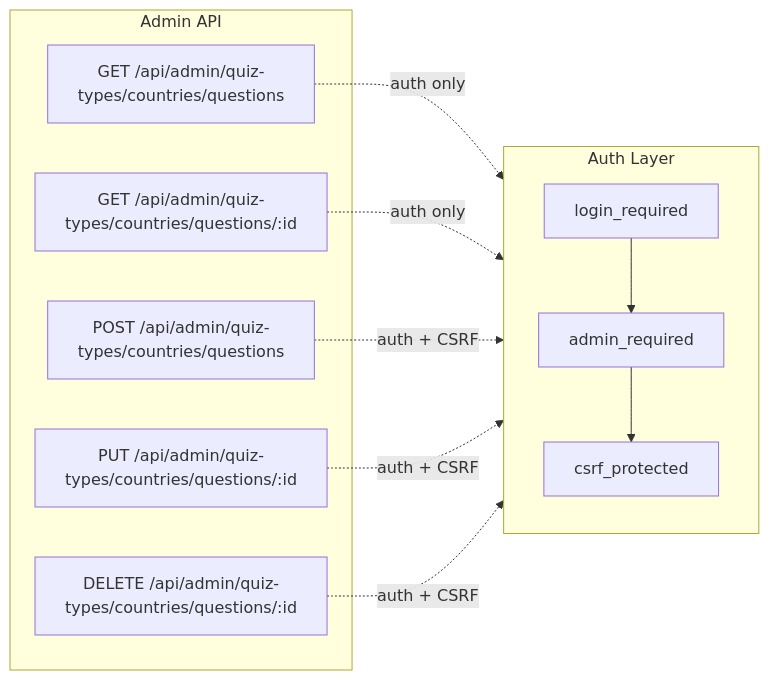
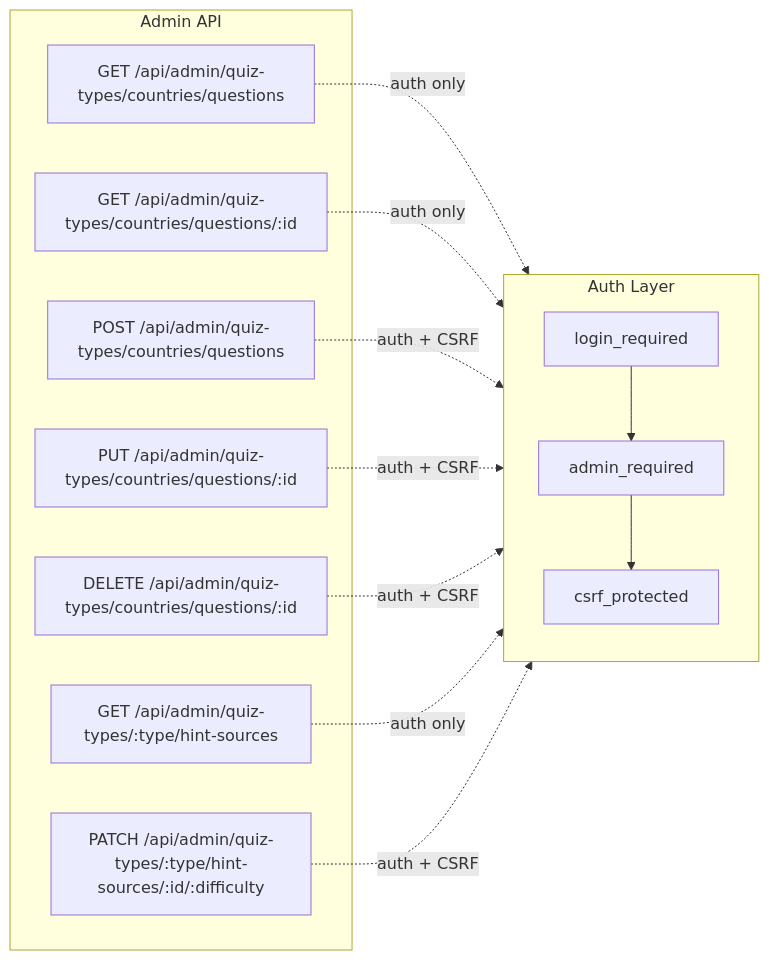
Before and after one commit to fylke/quizzler: the second of 2 diagrams in docs/admin_page.md, drawn with Mermaid. The commit also changed other lines of this file and 11 other files, not shown here.

Commit message:
Add admin hint source review workflow

````diff
--- a/docs/admin_page.md
+++ b/docs/admin_page.md
@@ -32,22 +34,26 @@
 ```mermaid
 flowchart LR
     subgraph Auth["Auth Layer"]
         direction TB
         A1[login_required] --> A2[admin_required]
         A2 --> A3[csrf_protected]
     end
 
     subgraph Endpoints["Admin API"]
         GET_LIST["GET /api/admin/quiz-types/countries/questions"]
         GET_ONE["GET /api/admin/quiz-types/countries/questions/:id"]
         POST["POST /api/admin/quiz-types/countries/questions"]
         PUT["PUT /api/admin/quiz-types/countries/questions/:id"]
         DELETE["DELETE /api/admin/quiz-types/countries/questions/:id"]
+        REVIEW_LIST["GET /api/admin/quiz-types/:type/hint-sources"]
+        REVIEW_WRITE["PATCH /api/admin/quiz-types/:type/hint-sources/:id/:difficulty"]
     end
 
     GET_LIST -.->|"auth only"| A2
     GET_ONE -.->|"auth only"| A2
     POST -.->|"auth + CSRF"| A3
     PUT -.->|"auth + CSRF"| A3
     DELETE -.->|"auth + CSRF"| A3
+    REVIEW_LIST -.->|"auth only"| A2
+    REVIEW_WRITE -.->|"auth + CSRF"| A3
 ```
````
